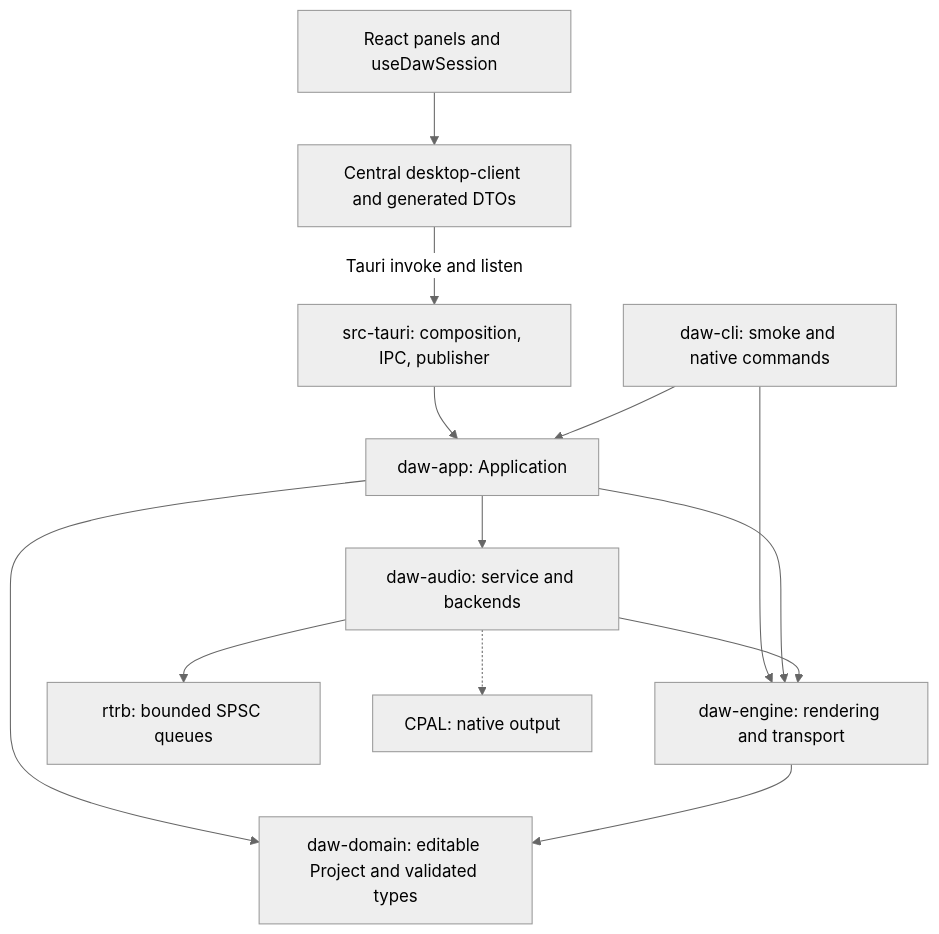
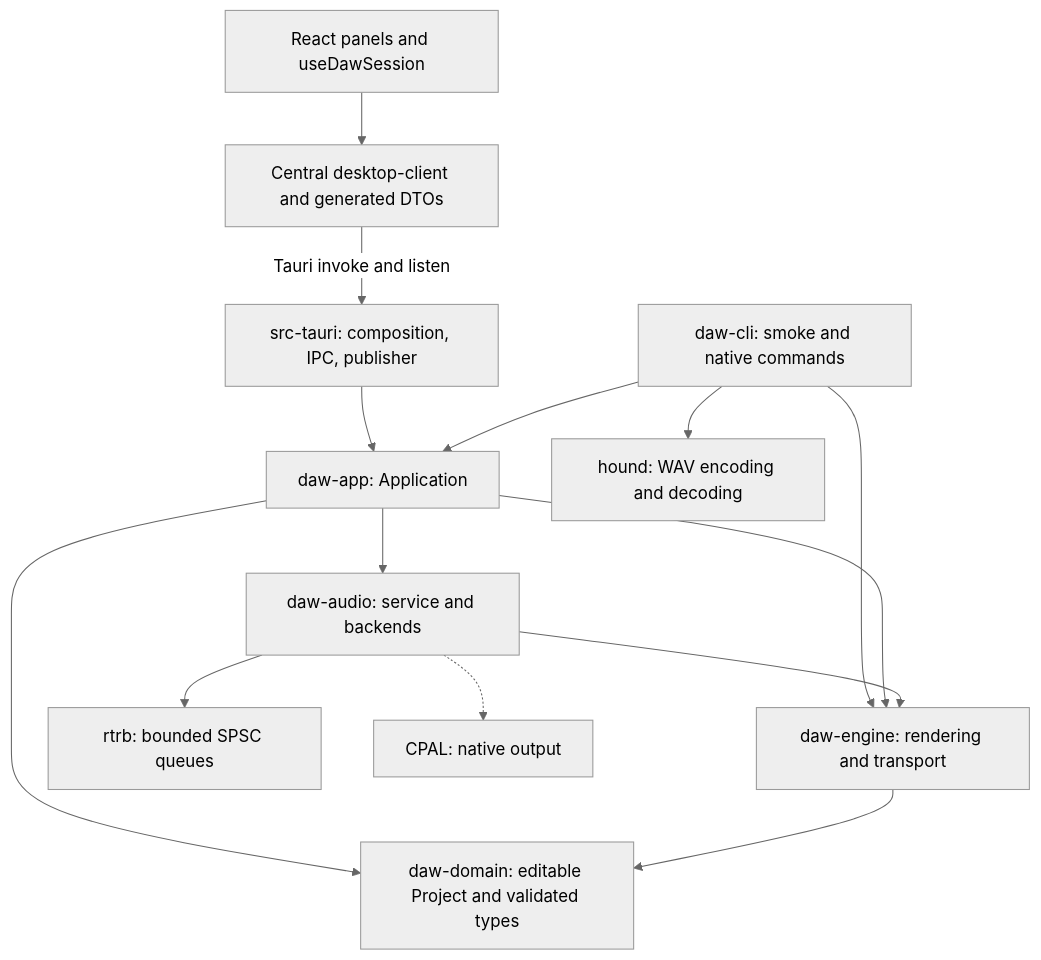
The first of 2 diagrams in docs/architecture.md (YoZaiKK/AudioMOTORR), drawn with Mermaid (neutral theme) before and after one commit. The commit also changed other lines of this file and 28 other files, not shown here.

````diff
--- a/docs/architecture.md
+++ b/docs/architecture.md
@@ -12,15 +19,16 @@
 ```mermaid
 flowchart TD
     React[React panels and useDawSession] --> Client[Central desktop-client and generated DTOs]
     Client -->|Tauri invoke and listen| Desktop[src-tauri: composition, IPC, publisher]
     Desktop --> App[daw-app: Application]
     CLI[daw-cli: smoke and native commands] --> App
     CLI --> Engine[daw-engine: rendering and transport]
+    CLI --> Hound[hound: WAV encoding and decoding]
     App --> Audio[daw-audio: service and backends]
     App --> Engine
     App --> Domain[daw-domain: editable Project and validated types]
     Audio --> Engine
     Engine --> Domain
     Audio --> RTRB[rtrb: bounded SPSC queues]
     Audio -.-> CPAL[CPAL: native output]
 ```
````
